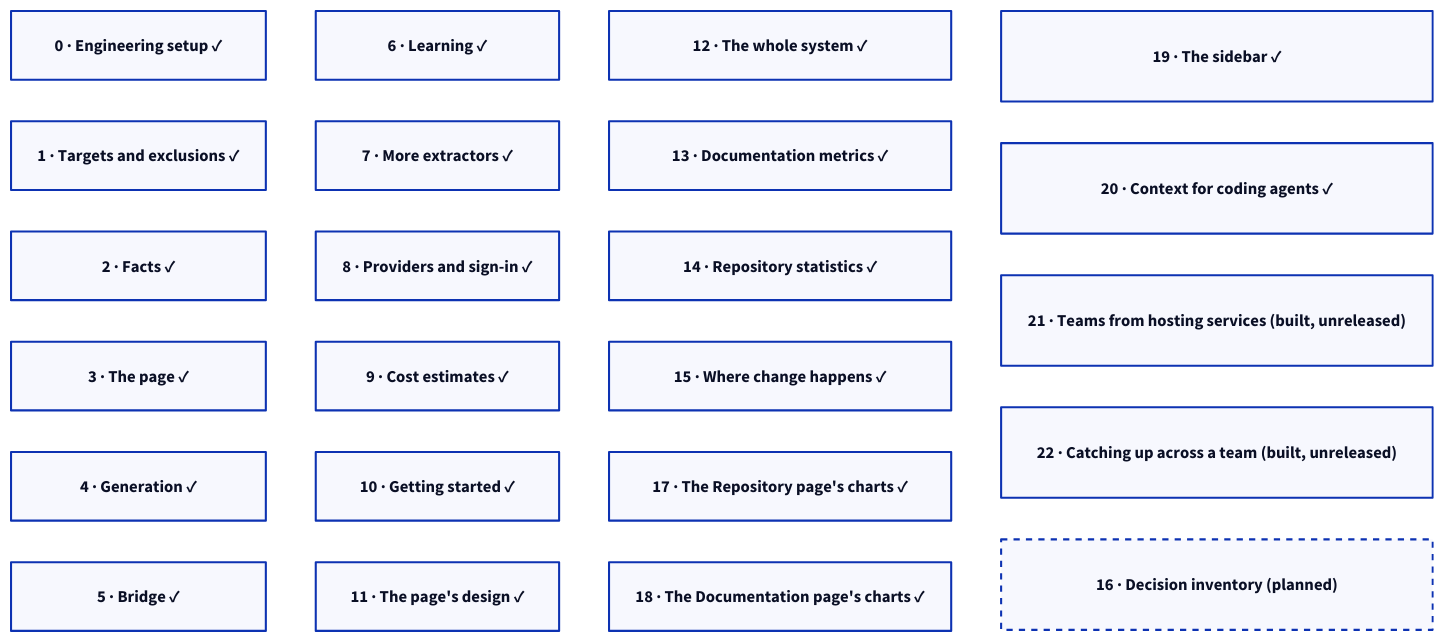
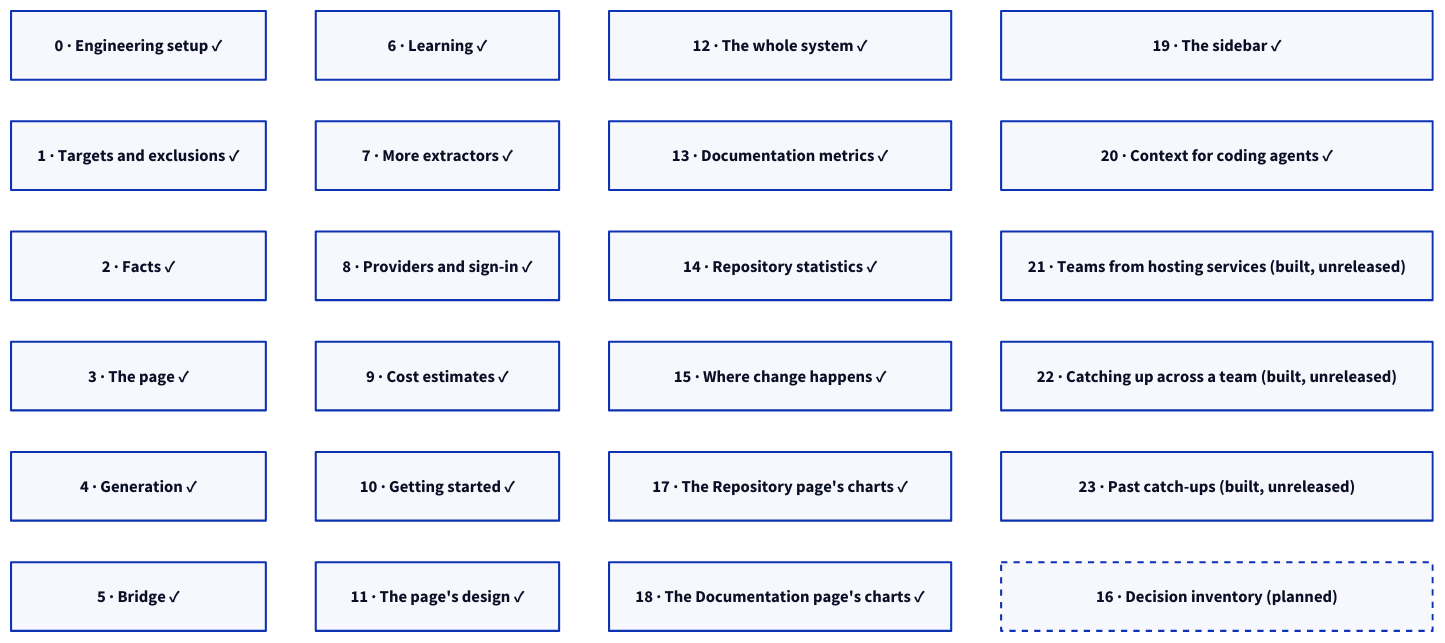
The diagram in docs/diagrams/phases.d2 (mohamed-abdelsattar92/codetrail), drawn with D2 before and after one commit. The commit also changed 5 other files, not shown here.

First line of the commit message:
test(team): give each past catch-up its own digests in the browser fixture and screenshot

```diff
--- a/docs/diagrams/phases.d2
+++ b/docs/diagrams/phases.d2
@@ -1,28 +1,29 @@
 # The design's phases and what is built, in reading order (README, "Status"). Render with `just diagrams`.
 grid-columns: 4
 horizontal-gap: 48
 vertical-gap: 40
 
 p0: "0 · Engineering setup ✓"
 p1: "1 · Targets and exclusions ✓"
 p2: "2 · Facts ✓"
 p3: "3 · The page ✓"
 p4: "4 · Generation ✓"
 p5: "5 · Bridge ✓"
 p6: "6 · Learning ✓"
 p7: "7 · More extractors ✓"
 p8: "8 · Providers and sign-in ✓"
 p9: "9 · Cost estimates ✓"
 p10: "10 · Getting started ✓"
 p11: "11 · The page's design ✓"
 p12: "12 · The whole system ✓"
 p13: "13 · Documentation metrics ✓"
 p14: "14 · Repository statistics ✓"
 p15: "15 · Where change happens ✓"
 p17: "17 · The Repository page's charts ✓"
 p18: "18 · The Documentation page's charts ✓"
 p19: "19 · The sidebar ✓"
 p20: "20 · Context for coding agents ✓"
 p21: "21 · Teams from hosting services (built, unreleased)"
 p22: "22 · Catching up across a team (built, unreleased)"
+p23: "23 · Past catch-ups (built, unreleased)"
 p16: "16 · Decision inventory (planned)" {style.stroke-dash: 3}
```
